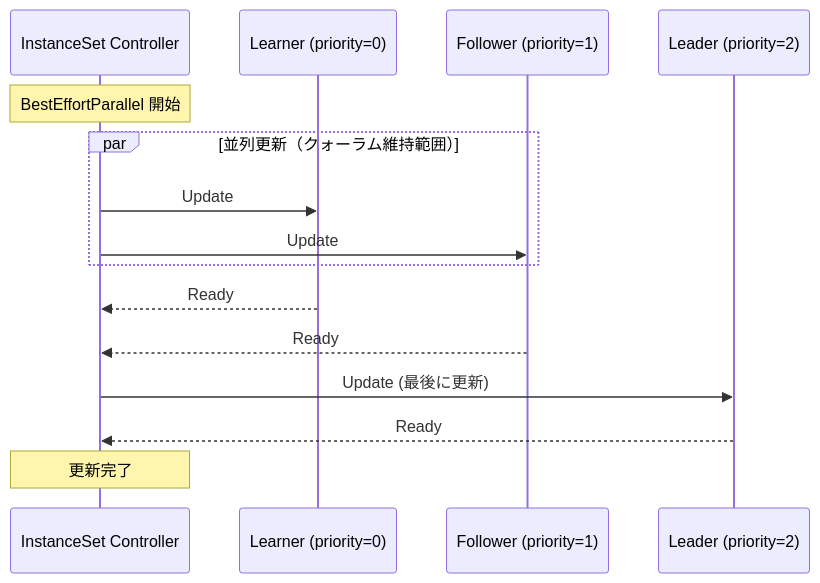
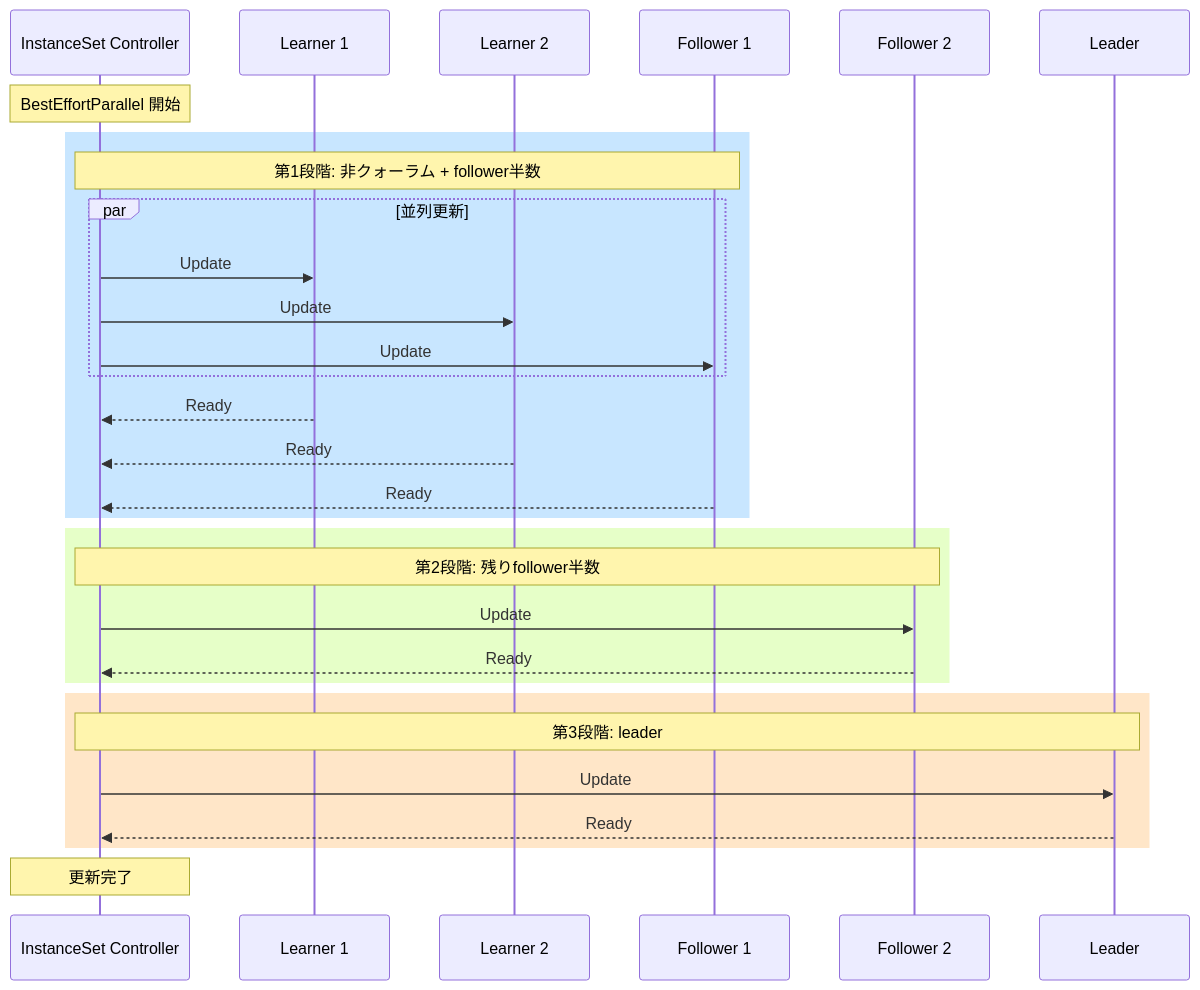
Before and after one commit to miyamadoKL/source-code-reading: the third of 3 diagrams in kubeblocks/part00-crd-overview/04-instanceset.md, drawn with Mermaid. The commit also changed other lines of this file and 1 other file, not shown here.

````diff
--- a/kubeblocks/part00-crd-overview/04-instanceset.md
+++ b/kubeblocks/part00-crd-overview/04-instanceset.md
@@ -332,17 +332,32 @@
 ```mermaid
 sequenceDiagram
     participant ITS as InstanceSet Controller
-    participant L as Learner (priority=0)
-    participant F as Follower (priority=1)
-    participant LD as Leader (priority=2)
+    participant L1 as Learner 1
+    participant L2 as Learner 2
+    participant F1 as Follower 1
+    participant F2 as Follower 2
+    participant LD as Leader
     Note over ITS: BestEffortParallel 開始
-    par 並列更新（クォーラム維持範囲）
-        ITS->>L: Update
-        ITS->>F: Update
+    rect rgb(200, 230, 255)
+        Note over ITS,F1: 第1段階: 非クォーラム + follower半数
+        par 並列更新
+            ITS->>L1: Update
+            ITS->>L2: Update
+            ITS->>F1: Update
+        end
+        L1-->>ITS: Ready
+        L2-->>ITS: Ready
+        F1-->>ITS: Ready
     end
-    L-->>ITS: Ready
-    F-->>ITS: Ready
-    ITS->>LD: Update (最後に更新)
-    LD-->>ITS: Ready
+    rect rgb(230, 255, 200)
+        Note over ITS,F2: 第2段階: 残りfollower半数
+        ITS->>F2: Update
+        F2-->>ITS: Ready
+    end
+    rect rgb(255, 230, 200)
+        Note over ITS,LD: 第3段階: leader
+        ITS->>LD: Update
+        LD-->>ITS: Ready
+    end
     Note over ITS: 更新完了
 ```
````
